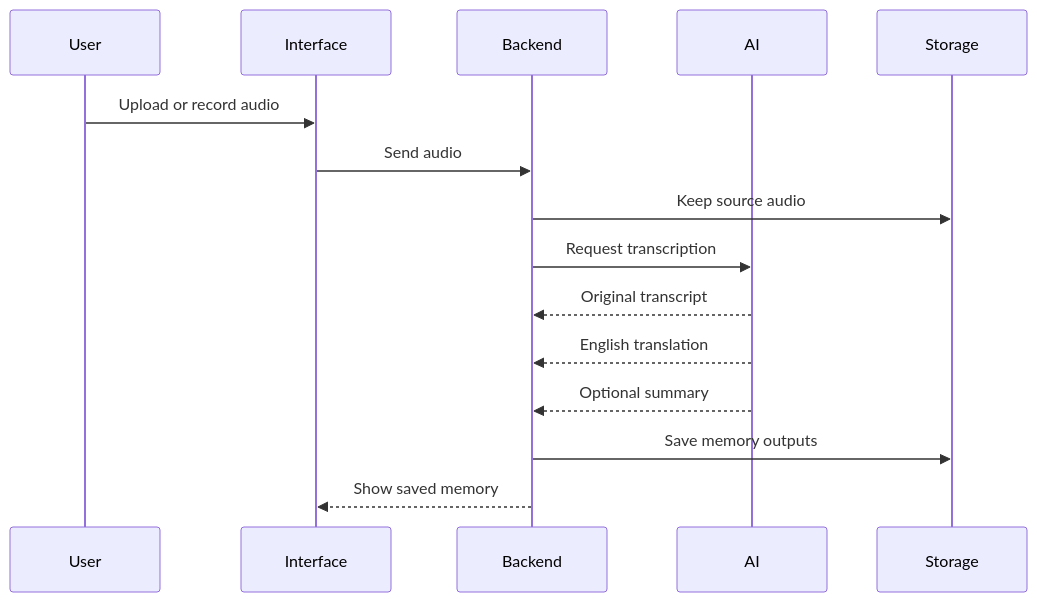
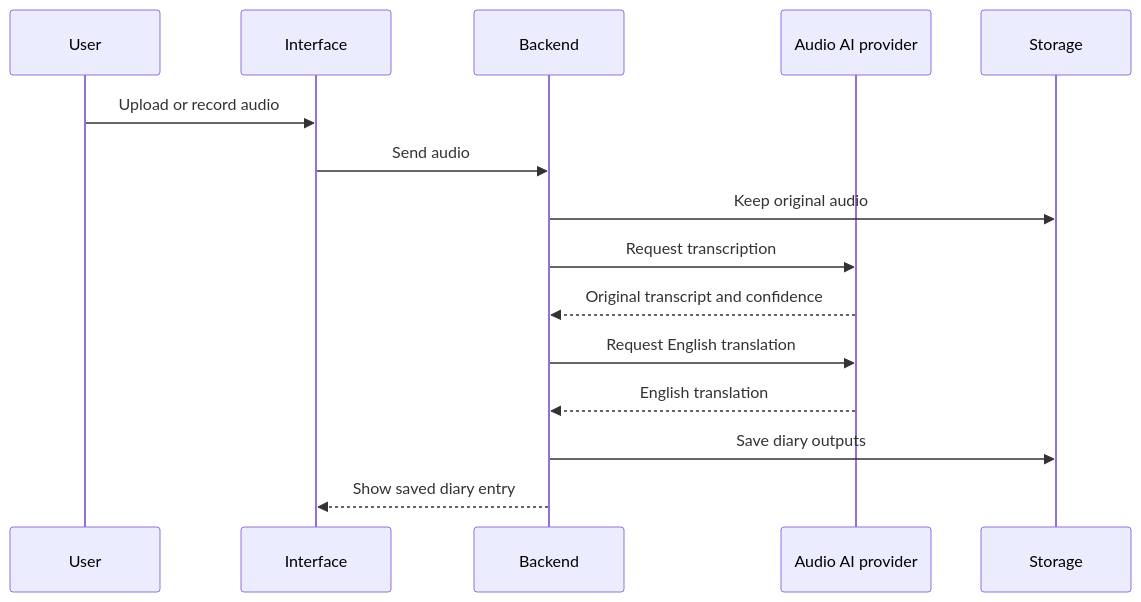
One commit to adityavarmachandika/aham-docs changed the first of 2 diagrams in canvas/architecture/audio-memory-flow.md. Above: the diagram before and after it, drawn with Mermaid. The commit also changed other lines of this file and 17 other files, not shown here.

````diff
--- a/canvas/architecture/audio-memory-flow.md
+++ b/canvas/architecture/audio-memory-flow.md
@@ -3,18 +7,18 @@
 ```mermaid
 sequenceDiagram
     participant User
     participant Interface
     participant Backend
-    participant AI
+    participant AudioAI as Audio AI provider
     participant Storage
 
     User->>Interface: Upload or record audio
     Interface->>Backend: Send audio
-    Backend->>Storage: Keep source audio
-    Backend->>AI: Request transcription
-    AI-->>Backend: Original transcript
-    AI-->>Backend: English translation
-    AI-->>Backend: Optional summary
-    Backend->>Storage: Save memory outputs
-    Backend-->>Interface: Show saved memory
+    Backend->>Storage: Keep original audio
+    Backend->>AudioAI: Request transcription
+    AudioAI-->>Backend: Original transcript and confidence
+    Backend->>AudioAI: Request English translation
+    AudioAI-->>Backend: English translation
+    Backend->>Storage: Save diary outputs
+    Backend-->>Interface: Show saved diary entry
 ```
````
